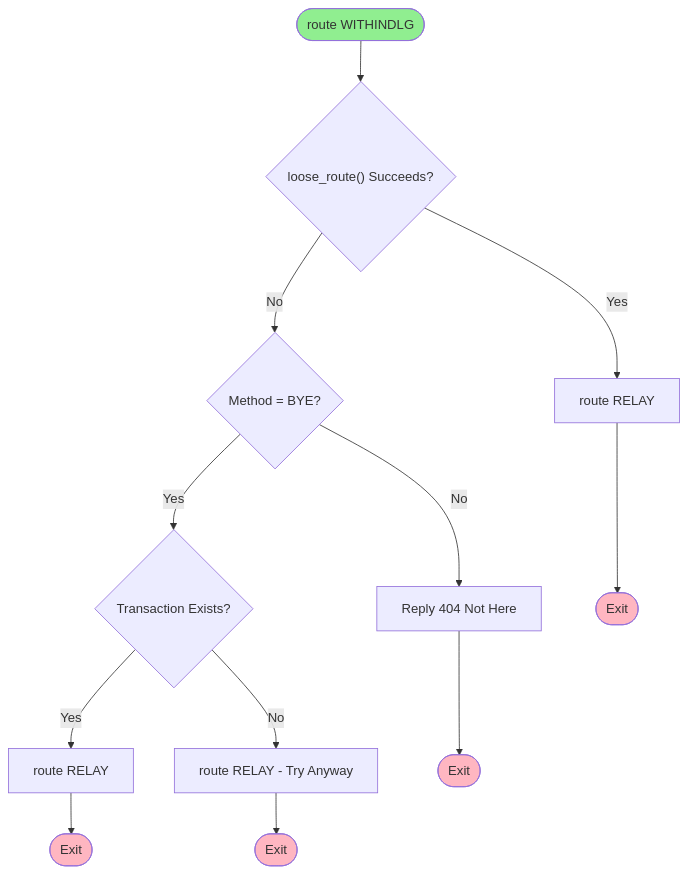
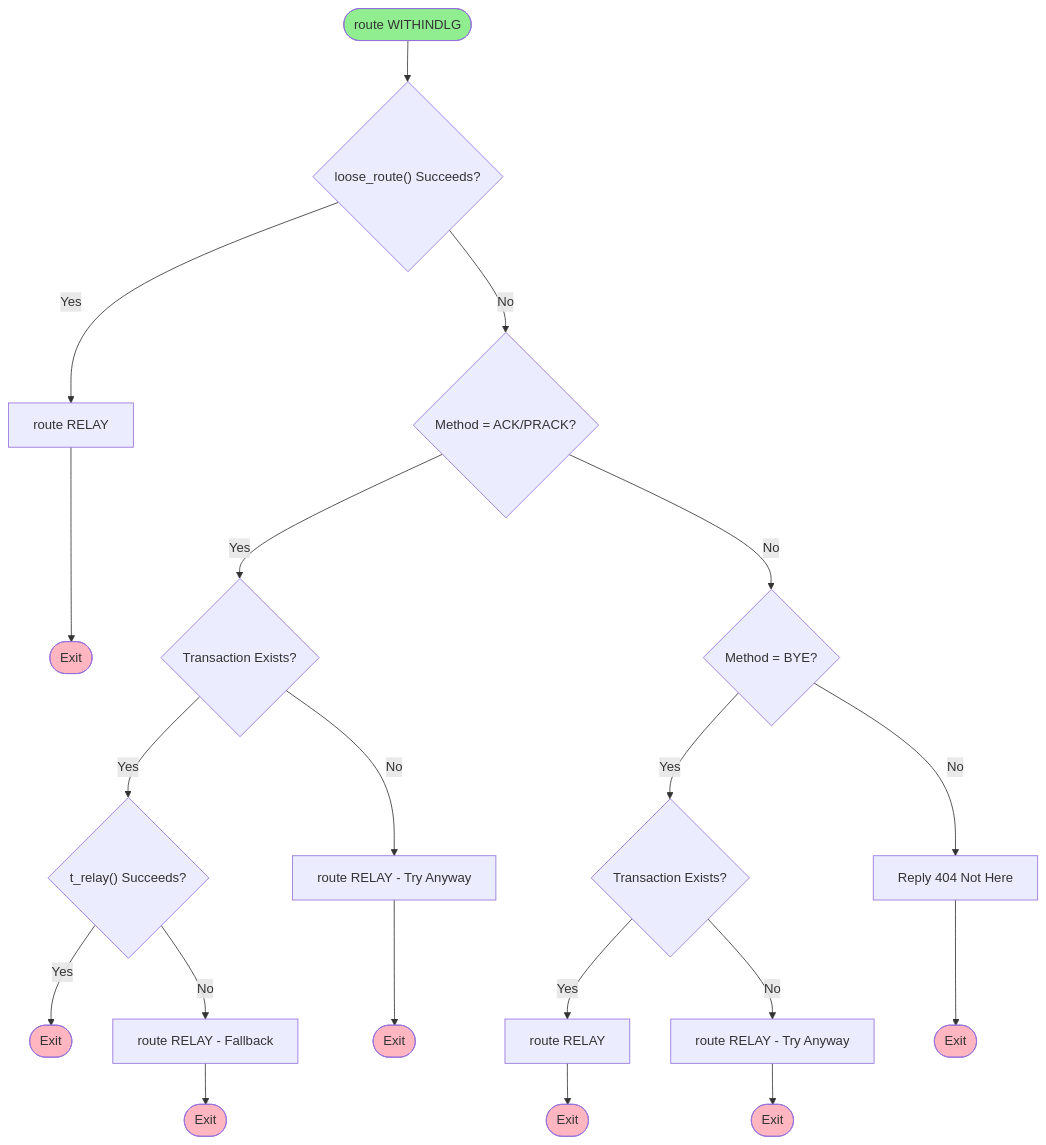
The fifth of 13 diagrams in docs/OPENSIPS-LOGIC-DIAGRAM.md (aelintra/pbx3sbc), drawn with Mermaid before and after one commit. The commit also changed other lines of this file and 1 other file, not shown here.

First line of the commit message:
Update documentation: repurpose Kamailio docs and update logic diagrams

````diff
--- a/docs/OPENSIPS-LOGIC-DIAGRAM.md
+++ b/docs/OPENSIPS-LOGIC-DIAGRAM.md
@@ -164,20 +164,31 @@
 ```mermaid
 flowchart TD
     Start([route WITHINDLG]) --> TryLooseRoute{"loose_route() Succeeds?"}
     TryLooseRoute -->|Yes| Relay1[route RELAY]
-    TryLooseRoute -->|No| CheckBYE{"Method = BYE?"}
-    CheckBYE -->|Yes| CheckTrans{Transaction Exists?}
+    TryLooseRoute -->|No| CheckACKPRACK{"Method = ACK/PRACK?"}
+    CheckACKPRACK -->|Yes| CheckTrans1{Transaction Exists?}
+    CheckACKPRACK -->|No| CheckBYE{"Method = BYE?"}
+    CheckBYE -->|Yes| CheckTrans2{Transaction Exists?}
     CheckBYE -->|No| Reply404[Reply 404 Not Here]
-    CheckTrans -->|Yes| Relay2[route RELAY]
-    CheckTrans -->|No| Relay3[route RELAY - Try Anyway]
-    Relay1 --> End1([Exit])
-    Relay2 --> End2([Exit])
-    Relay3 --> End3([Exit])
-    Reply404 --> End4([Exit])
+    CheckTrans1 -->|Yes| TryTRelay{"t_relay() Succeeds?"}
+    CheckTrans1 -->|No| Relay2[route RELAY - Try Anyway]
+    TryTRelay -->|Yes| End1([Exit])
+    TryTRelay -->|No| Relay3[route RELAY - Fallback]
+    CheckTrans2 -->|Yes| Relay4[route RELAY]
+    CheckTrans2 -->|No| Relay5[route RELAY - Try Anyway]
+    Relay1 --> End2([Exit])
+    Relay2 --> End3([Exit])
+    Relay3 --> End4([Exit])
+    Relay4 --> End5([Exit])
+    Relay5 --> End6([Exit])
+    Reply404 --> End7([Exit])
     
     style Start fill:#90EE90
     style End1 fill:#FFB6C1
     style End2 fill:#FFB6C1
     style End3 fill:#FFB6C1
     style End4 fill:#FFB6C1
+    style End5 fill:#FFB6C1
+    style End6 fill:#FFB6C1
+    style End7 fill:#FFB6C1
 ```
````
